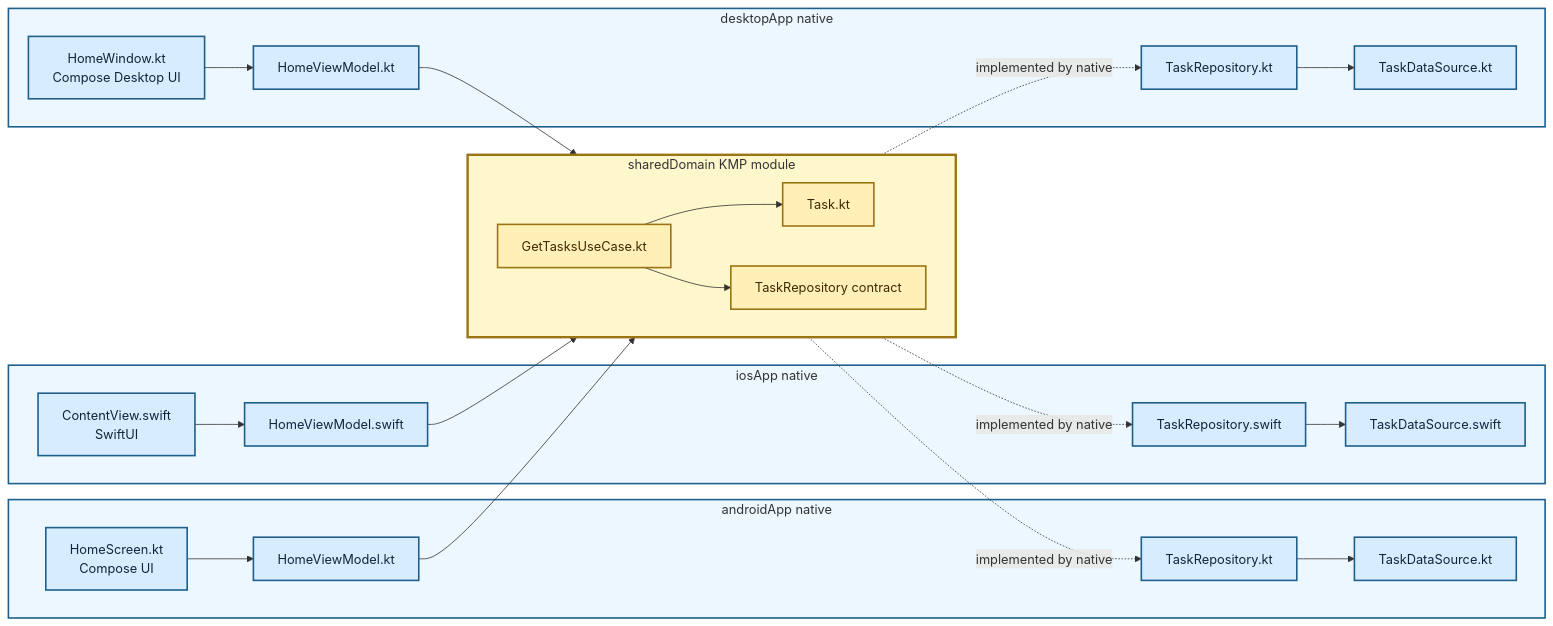
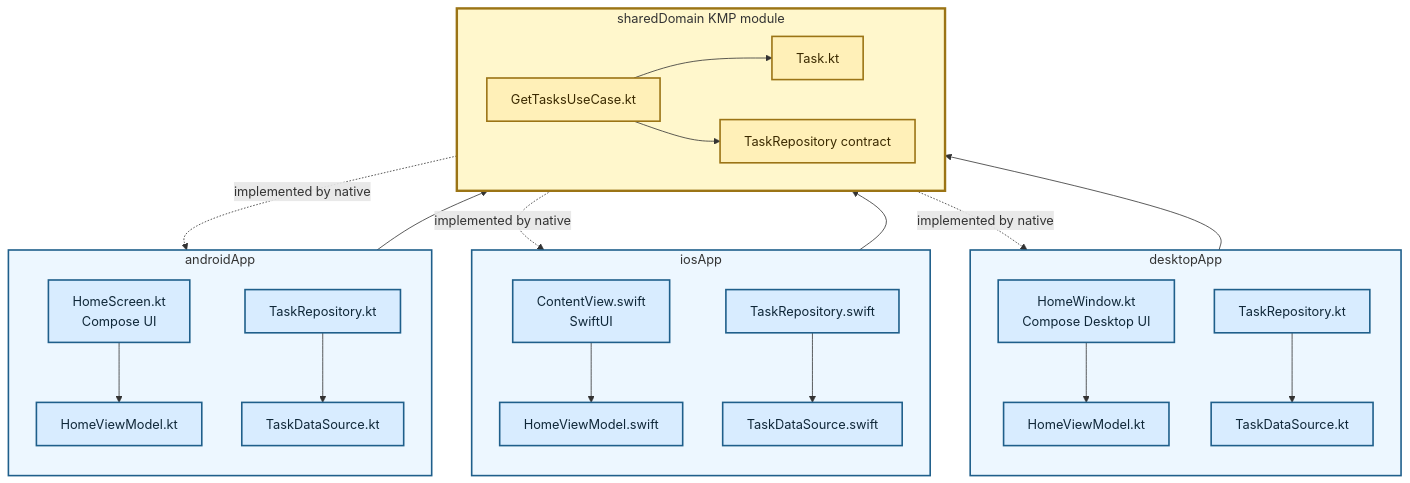
Before and after one commit to TheSetox/kmp-sample-diagrams: the diagram in diagrams/16-three-layer-kmp-domain.md, drawn with Mermaid. The commit also changed 19 other files, not shown here.

Commit message:
docs: align platform diagram boxes

````diff
--- a/diagrams/16-three-layer-kmp-domain.md
+++ b/diagrams/16-three-layer-kmp-domain.md
@@ -5,54 +5,57 @@
 ```mermaid
-flowchart LR
-  subgraph Android["androidApp native"]
-    AUI["HomeScreen.kt\nCompose UI"]
-    AVM["HomeViewModel.kt"]
-    ARepository["TaskRepository.kt"]
-    ADataSource["TaskDataSource.kt"]
-    AUI --> AVM
-    ARepository --> ADataSource
+flowchart TB
+  subgraph Desktop["desktopApp"]
+    direction TB
+    DUI["HomeWindow.kt\nCompose Desktop UI"]
+    DVM["HomeViewModel.kt"]
+    DRepository["TaskRepository.kt"]
+    DDataSource["TaskDataSource.kt"]
+    DUI --> DVM
+    DRepository --> DDataSource
   end
 
-  subgraph IOS["iosApp native"]
+  subgraph IOS["iosApp"]
+    direction TB
     IUI["ContentView.swift\nSwiftUI"]
     IVM["HomeViewModel.swift"]
     IRepository["TaskRepository.swift"]
     IDataSource["TaskDataSource.swift"]
     IUI --> IVM
     IRepository --> IDataSource
   end
 
-  subgraph Desktop["desktopApp native"]
-    DUI["HomeWindow.kt\nCompose Desktop UI"]
-    DVM["HomeViewModel.kt"]
-    DRepository["TaskRepository.kt"]
-    DDataSource["TaskDataSource.kt"]
-    DUI --> DVM
-    DRepository --> DDataSource
+  subgraph Android["androidApp"]
+    direction TB
+    AUI["HomeScreen.kt\nCompose UI"]
+    AVM["HomeViewModel.kt"]
+    ARepository["TaskRepository.kt"]
+    ADataSource["TaskDataSource.kt"]
+    AUI --> AVM
+    ARepository --> ADataSource
   end
 
   subgraph KMP["sharedDomain KMP module"]
     direction LR
     UseCase["GetTasksUseCase.kt"]
     Entity["Task.kt"]
     RepositoryPort["TaskRepository contract"]
     UseCase --> Entity
     UseCase --> RepositoryPort
   end
 
   AVM --> UseCase
   IVM --> UseCase
   DVM --> UseCase
   RepositoryPort -. "implemented by native" .-> ARepository
   RepositoryPort -. "implemented by native" .-> IRepository
   RepositoryPort -. "implemented by native" .-> DRepository
 
   classDef app fill:#d8ecff,stroke:#1f5f8b,color:#0f2738,stroke-width:2px;
   classDef kmp fill:#fff0b8,stroke:#9b7415,color:#3b2a00,stroke-width:2px;
   class AUI,AVM,ARepository,ADataSource,IUI,IVM,IRepository,IDataSource,DUI,DVM,DRepository,DDataSource app;
   class UseCase,Entity,RepositoryPort kmp;
   style Android fill:#edf7ff,stroke:#1f5f8b,stroke-width:2px
   style IOS fill:#edf7ff,stroke:#1f5f8b,stroke-width:2px
   style Desktop fill:#edf7ff,stroke:#1f5f8b,stroke-width:2px
   style KMP fill:#fff7cc,stroke:#9b7415,stroke-width:3px
 ```
````
